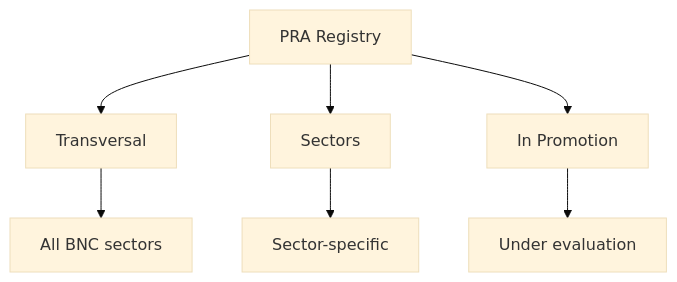
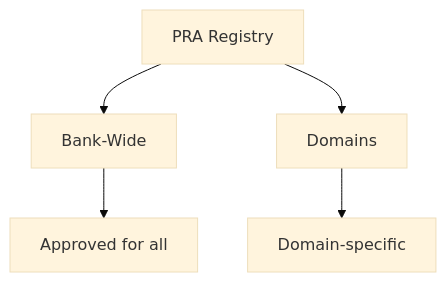
Before and after one commit to KiyaliHQ/proven-reusable-architecture: the diagram in site/content/en/guides/01-getting-started.md, drawn with Mermaid (base theme). The commit also changed other lines of this file, not shown here.

````diff
--- a/site/content/en/guides/01-getting-started.md
+++ b/site/content/en/guides/01-getting-started.md
@@ -50,9 +50,8 @@
 ```mermaid
 graph TD
-    A[PRA Registry] --> B[Transversal]
-    A --> C[Sectors]
-    A --> D[In Promotion]
-    B --> E[All BNC sectors]
-    C --> F[Sector-specific]
-    D --> G[Under evaluation]
+    A[PRA Registry] --> B[Bank-Wide]
+    A --> C[Domains]
+
+    B --> B1[Approved for all]
+    C --> C1[Domain-specific]
 ```
````
